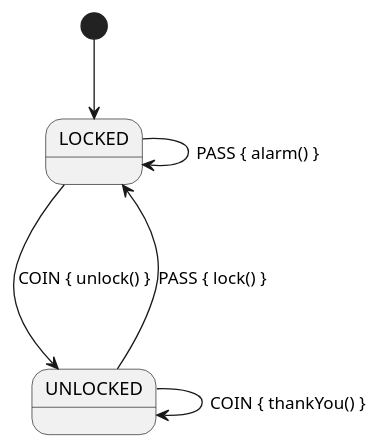
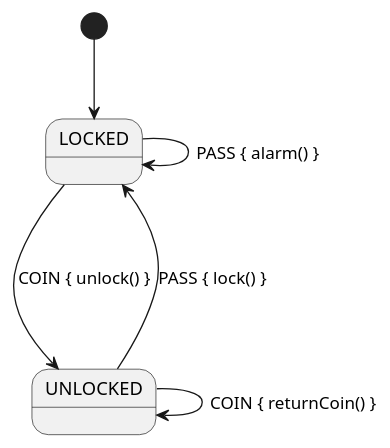
The diagram in src/doc/plantuml/turnstile-fsm.plantuml (open-jumpco/kfsm), drawn with PlantUML before and after one commit. The commit also changed 9 other files, not shown here.

Commit message:
improved diagrams

```diff
--- a/src/doc/plantuml/turnstile-fsm.plantuml
+++ b/src/doc/plantuml/turnstile-fsm.plantuml
@@ -1,9 +1,9 @@
 @startuml
 
 [*] --> LOCKED
 LOCKED ---> UNLOCKED : COIN { unlock() }
 UNLOCKED ---> LOCKED : PASS { lock() }
 LOCKED ---> LOCKED : PASS { alarm() }
-UNLOCKED ---> UNLOCKED : COIN { thankYou() }
+UNLOCKED ---> UNLOCKED : COIN { returnCoin() }
 
 @enduml
```
